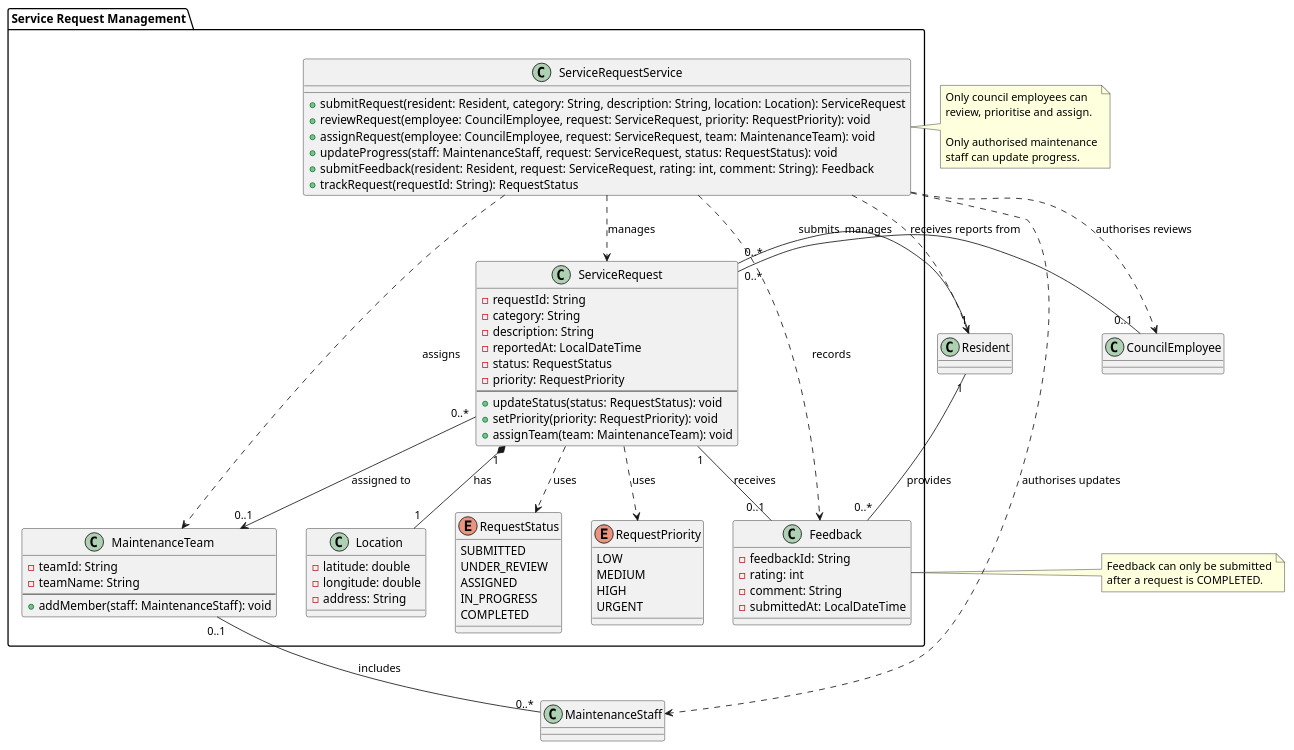
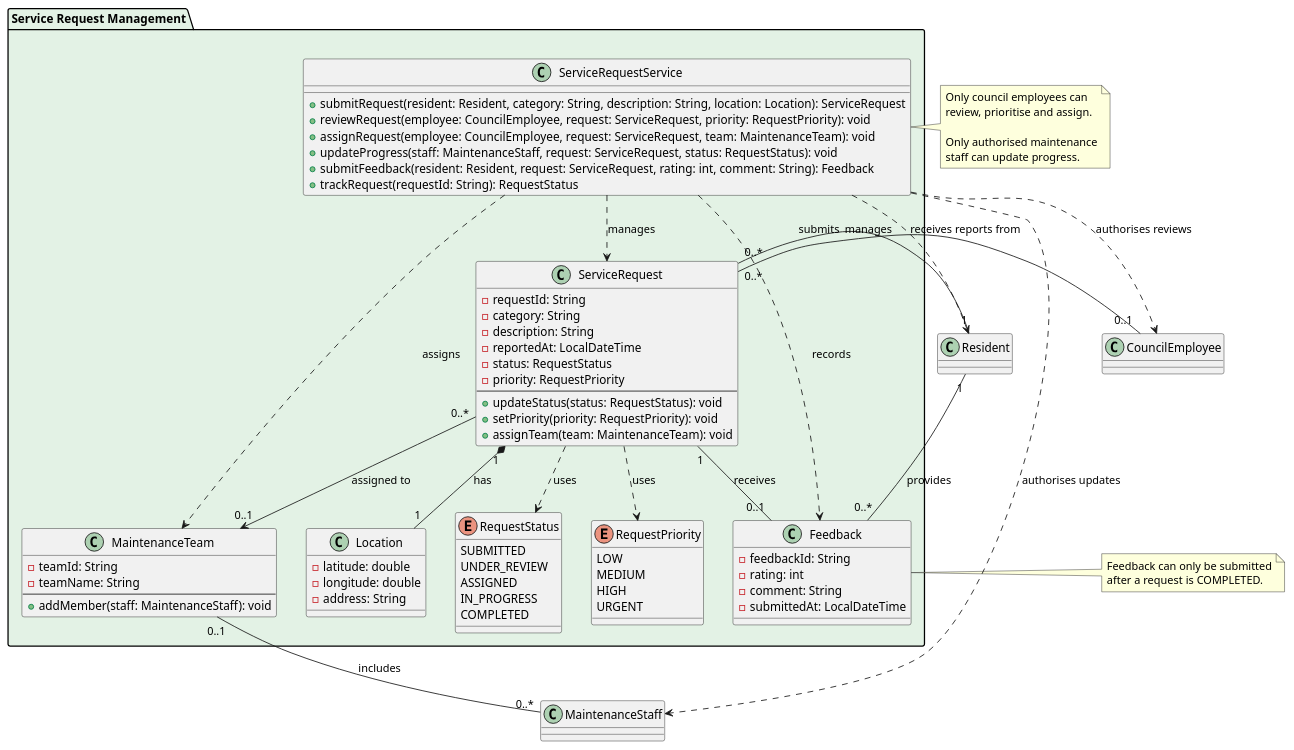
One commit to gg-sajanbasnet/ICT602-MEL_S2_2026-1 changed the diagram in docs/uml/modules/service-request.puml. Above: the diagram before and after it, drawn with PlantUML. The commit also changed 12 other files, not shown here.

Commit message:
docs(architecture): finalise whole-platform architecture

```diff
--- a/docs/uml/modules/service-request.puml
+++ b/docs/uml/modules/service-request.puml
@@ -1,106 +1,106 @@
 
-package "Service Request Management" {
+package "Service Request Management" #E3F2E5 {
 
   class ServiceRequest {
     - requestId: String
     - category: String
     - description: String
     - reportedAt: LocalDateTime
     - status: RequestStatus
     - priority: RequestPriority
     --
     + updateStatus(status: RequestStatus): void
     + setPriority(priority: RequestPriority): void
     + assignTeam(team: MaintenanceTeam): void
   }
 
   class Location {
     - latitude: double
     - longitude: double
     - address: String
   }
 
   class MaintenanceTeam {
     - teamId: String
     - teamName: String
     --
     + addMember(staff: MaintenanceStaff): void
   }
 
   class Feedback {
     - feedbackId: String
     - rating: int
     - comment: String
     - submittedAt: LocalDateTime
   }
 
   class ServiceRequestService {
     + submitRequest(resident: Resident, category: String, description: String, location: Location): ServiceRequest
     + reviewRequest(employee: CouncilEmployee, request: ServiceRequest, priority: RequestPriority): void
     + assignRequest(employee: CouncilEmployee, request: ServiceRequest, team: MaintenanceTeam): void
     + updateProgress(staff: MaintenanceStaff, request: ServiceRequest, status: RequestStatus): void
     + submitFeedback(resident: Resident, request: ServiceRequest, rating: int, comment: String): Feedback
     + trackRequest(requestId: String): RequestStatus
   }
 
   enum RequestStatus {
     SUBMITTED
     UNDER_REVIEW
     ASSIGNED
     IN_PROGRESS
     COMPLETED
   }
 
   enum RequestPriority {
     LOW
     MEDIUM
     HIGH
     URGENT
   }
 }
 
 ' =========================================
 ' DOMAIN RELATIONSHIPS
 ' =========================================
 
 Resident "1" -- "0..*" ServiceRequest : submits
 Resident "1" -- "0..*" Feedback : provides
 
 ServiceRequest "1" *-- "1" Location : has
 
 ServiceRequest "0..*" --> "0..1" MaintenanceTeam : assigned to
 ServiceRequest "1" -- "0..1" Feedback : receives
 
 MaintenanceTeam "0..1" -- "0..*" MaintenanceStaff : includes
 CouncilEmployee "0..1" -- "0..*" ServiceRequest : manages
 
 ServiceRequest ..> RequestStatus : uses
 ServiceRequest ..> RequestPriority : uses
 
 ' =========================================
 ' APPLICATION SERVICE DEPENDENCIES
 ' =========================================
 
 ServiceRequestService ..> ServiceRequest : manages
 ServiceRequestService ..> Resident : receives reports from
 ServiceRequestService ..> CouncilEmployee : authorises reviews
 ServiceRequestService ..> MaintenanceStaff : authorises updates
 ServiceRequestService ..> MaintenanceTeam : assigns
 ServiceRequestService ..> Feedback : records
 
 ' =========================================
 ' BUSINESS RULES
 ' =========================================
 
 note right of Feedback
   Feedback can only be submitted
   after a request is COMPLETED.
 end note
 
 note right of ServiceRequestService
   Only council employees can
   review, prioritise and assign.
 
   Only authorised maintenance
   staff can update progress.
 end note
```
